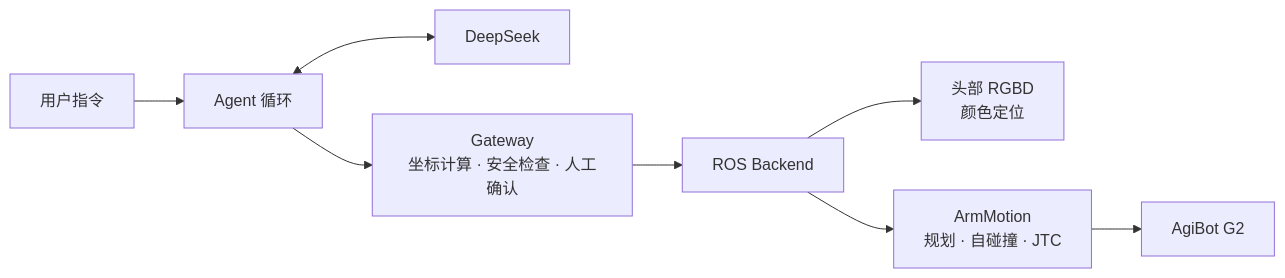
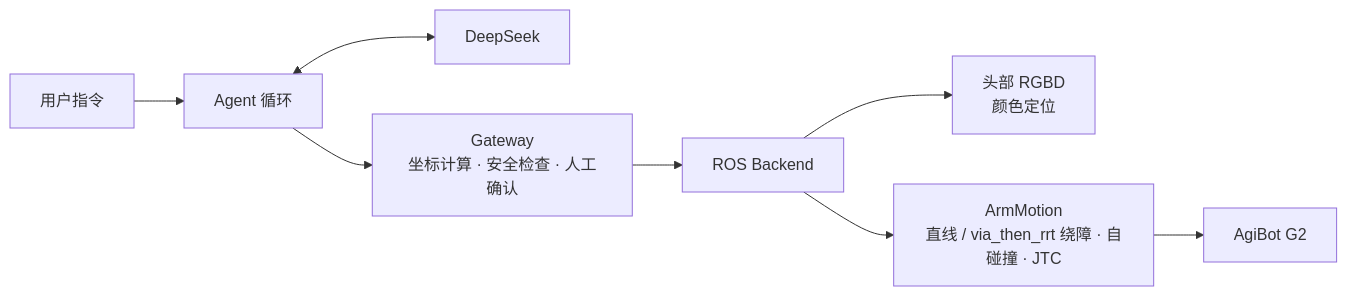
The diagram in README.md (mikeJoy6/harness_genie_G2), drawn with Mermaid before and after one commit. The commit also changed other lines of this file and 48 other files, not shown here.

````diff
--- a/README.md
+++ b/README.md
@@ -35,10 +36,10 @@
 ```mermaid
 flowchart LR
     U[用户指令] --> L[Agent 循环]
     L <--> M[DeepSeek]
     L --> G[Gateway<br/>坐标计算 · 安全检查 · 人工确认]
     G --> R[ROS Backend]
     R --> V[头部 RGBD<br/>颜色定位]
-    R --> A[ArmMotion<br/>规划 · 自碰撞 · JTC]
+    R --> A[ArmMotion<br/>直线 / via_then_rrt 绕障 · 自碰撞 · JTC]
     A --> G2[AgiBot G2]
 ```
````
